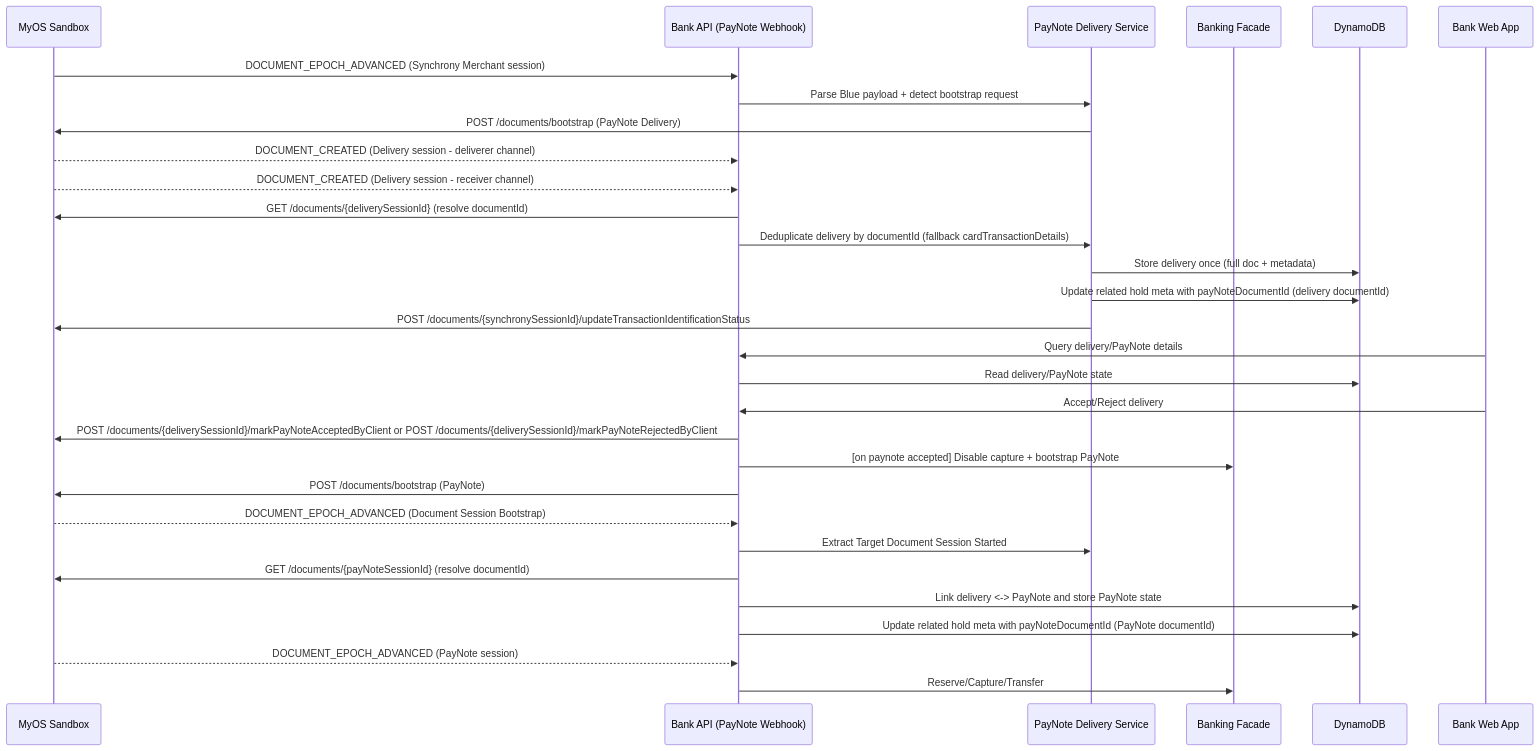
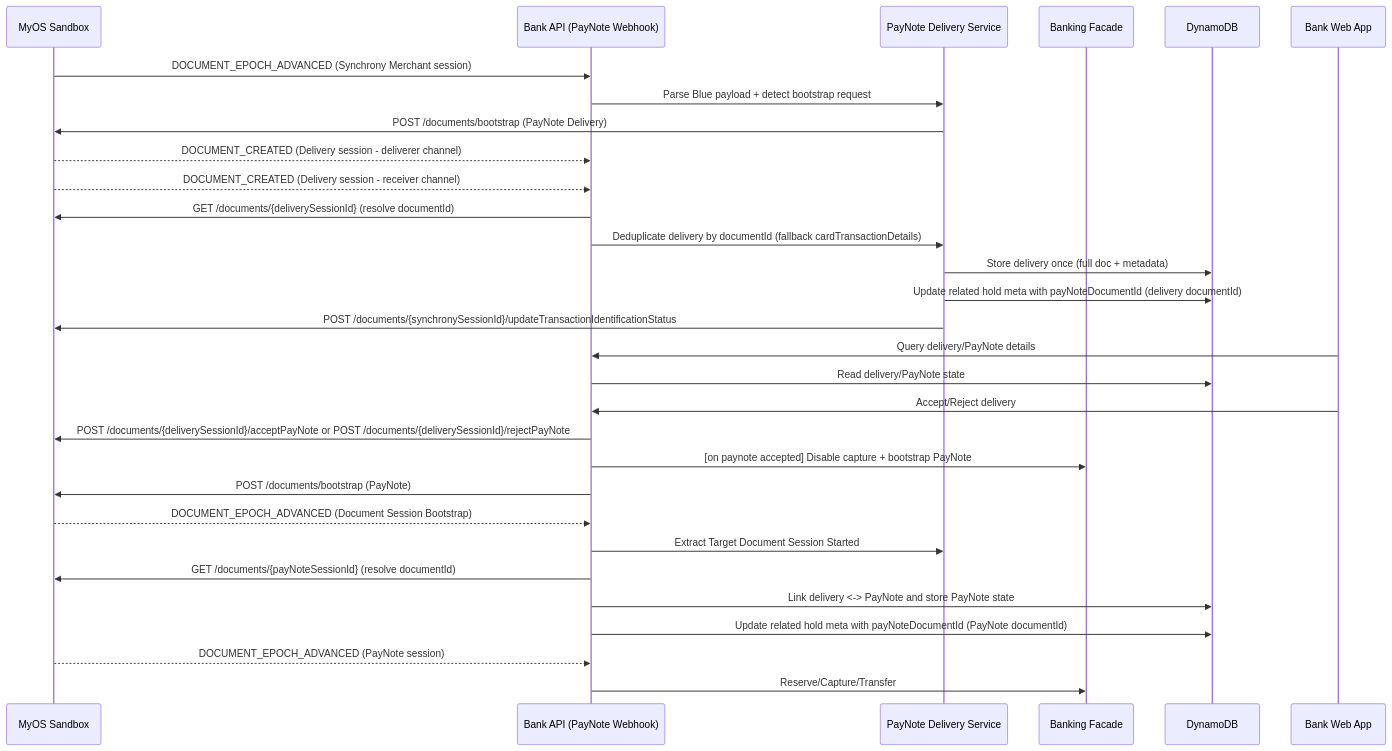
Before and after one commit to bluecontract/demo-bank-app: the diagram in docs/design/008-paynote-integration.md, drawn with Mermaid. The commit also changed 62 other files, not shown here.

````diff
--- a/docs/design/008-paynote-integration.md
+++ b/docs/design/008-paynote-integration.md
@@ -37,33 +37,33 @@
 ```mermaid
 sequenceDiagram
   participant MyOS as MyOS Sandbox
   participant API as Bank API (PayNote Webhook)
   participant PAY as PayNote Delivery Service
   participant BANK as Banking Facade
   participant DB as DynamoDB
   participant UI as Bank Web App
 
   MyOS->>API: DOCUMENT_EPOCH_ADVANCED (Synchrony Merchant session)
   API->>PAY: Parse Blue payload + detect bootstrap request
   PAY->>MyOS: POST /documents/bootstrap (PayNote Delivery)
   MyOS-->>API: DOCUMENT_CREATED (Delivery session - deliverer channel)
   MyOS-->>API: DOCUMENT_CREATED (Delivery session - receiver channel)
   API->>MyOS: GET /documents/{deliverySessionId} (resolve documentId)
   API->>PAY: Deduplicate delivery by documentId (fallback cardTransactionDetails)
   PAY->>DB: Store delivery once (full doc + metadata)
   PAY->>DB: Update related hold meta with payNoteDocumentId (delivery documentId)
   PAY->>MyOS: POST /documents/{synchronySessionId}/updateTransactionIdentificationStatus
   UI->>API: Query delivery/PayNote details
   API->>DB: Read delivery/PayNote state
   UI->>API: Accept/Reject delivery
-  API->>MyOS: POST /documents/{deliverySessionId}/markPayNoteAcceptedByClient or POST /documents/{deliverySessionId}/markPayNoteRejectedByClient
+  API->>MyOS: POST /documents/{deliverySessionId}/acceptPayNote or POST /documents/{deliverySessionId}/rejectPayNote
   API->>BANK: [on paynote accepted] Disable capture + bootstrap PayNote
   API->>MyOS: POST /documents/bootstrap (PayNote)
   MyOS-->>API: DOCUMENT_EPOCH_ADVANCED (Document Session Bootstrap)
   API->>PAY: Extract Target Document Session Started
   API->>MyOS: GET /documents/{payNoteSessionId} (resolve documentId)
   API->>DB: Link delivery <-> PayNote and store PayNote state
   API->>DB: Update related hold meta with payNoteDocumentId (PayNote documentId)
   MyOS-->>API: DOCUMENT_EPOCH_ADVANCED (PayNote session)
   API->>BANK: Reserve/Capture/Transfer
 ```
````
